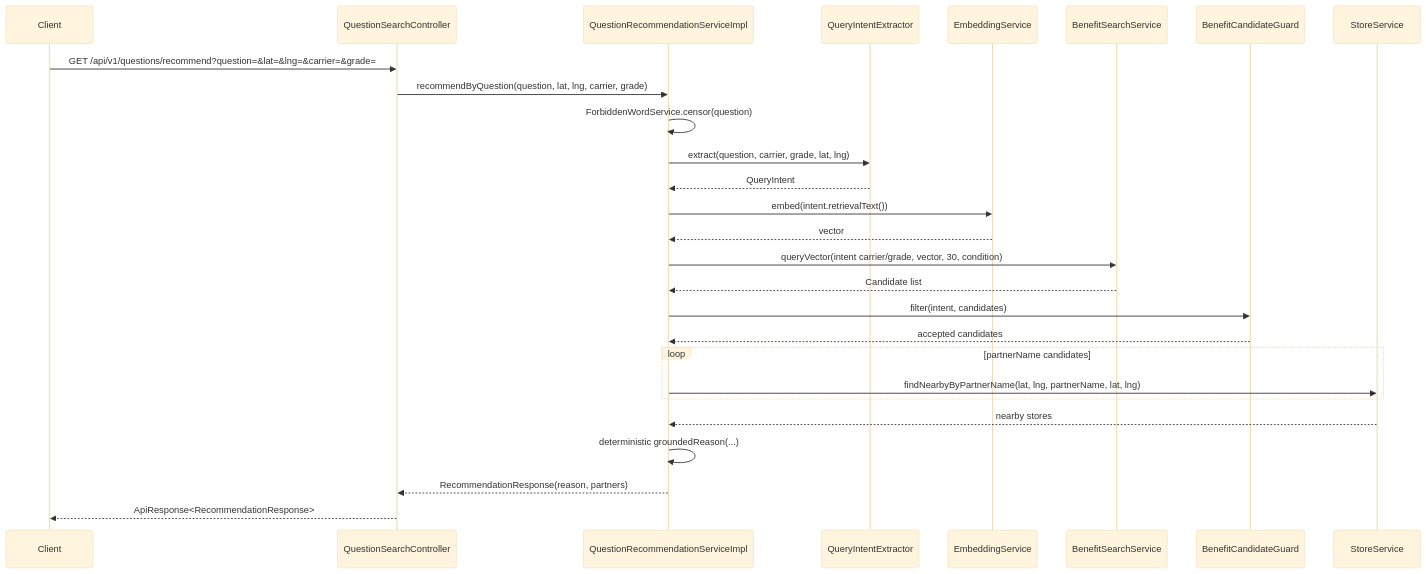
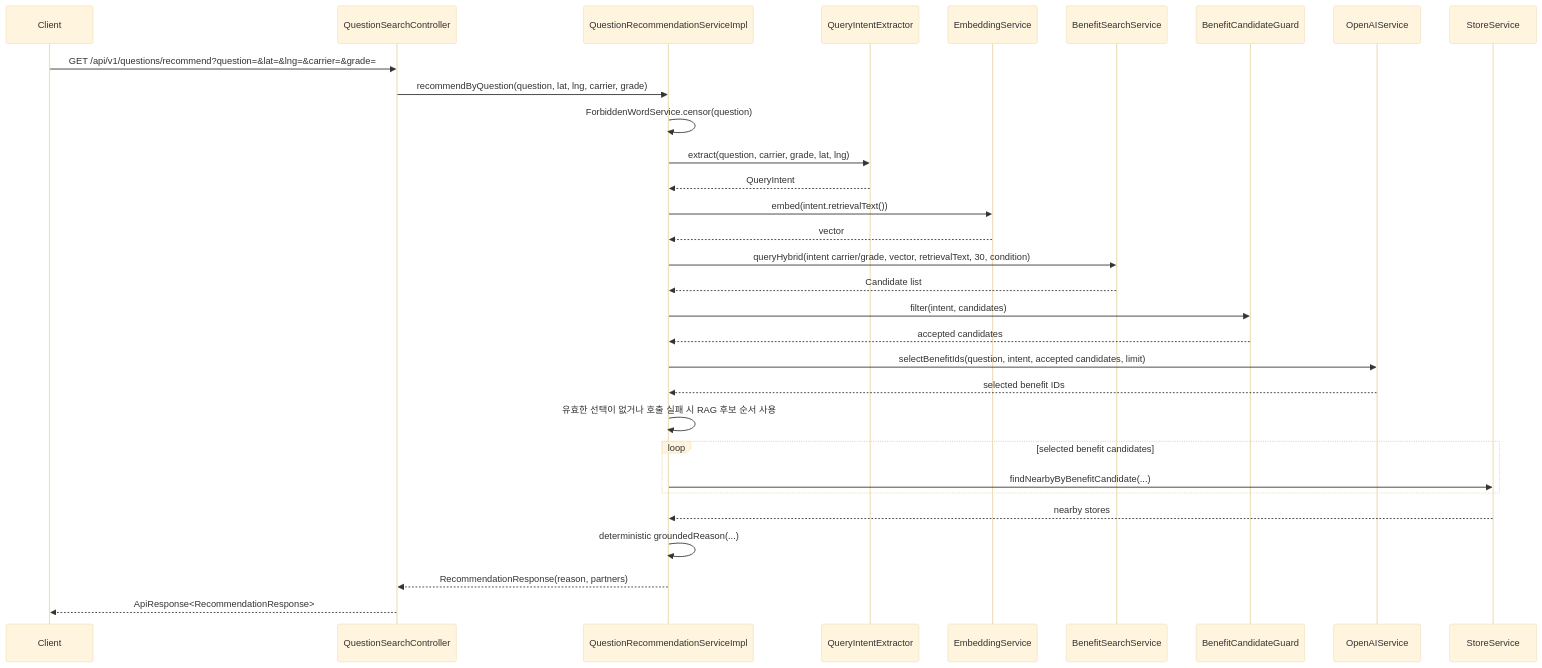
The second of 2 diagrams in docs/recommendation-system-architecture.md (eddie-backdev/itplace-user-api), drawn with Mermaid (base theme) before and after one commit. The commit also changed other lines of this file and 34 other files, not shown here.

````diff
--- a/docs/recommendation-system-architecture.md
+++ b/docs/recommendation-system-architecture.md
@@ -238,30 +243,34 @@
 ```mermaid
 sequenceDiagram
     participant Client
     participant Controller as QuestionSearchController
     participant Service as QuestionRecommendationServiceImpl
     participant Intent as QueryIntentExtractor
     participant Embedding as EmbeddingService
     participant RAG as BenefitSearchService
     participant Guard as BenefitCandidateGuard
+    participant LLM as OpenAIService
     participant Store as StoreService
 
     Client->>Controller: GET /api/v1/questions/recommend?question=&lat=&lng=&carrier=&grade=
     Controller->>Service: recommendByQuestion(question, lat, lng, carrier, grade)
     Service->>Service: ForbiddenWordService.censor(question)
     Service->>Intent: extract(question, carrier, grade, lat, lng)
     Intent-->>Service: QueryIntent
     Service->>Embedding: embed(intent.retrievalText())
     Embedding-->>Service: vector
-    Service->>RAG: queryVector(intent carrier/grade, vector, 30, condition)
+    Service->>RAG: queryHybrid(intent carrier/grade, vector, retrievalText, 30, condition)
     RAG-->>Service: Candidate list
     Service->>Guard: filter(intent, candidates)
     Guard-->>Service: accepted candidates
-    loop partnerName candidates
-        Service->>Store: findNearbyByPartnerName(lat, lng, partnerName, lat, lng)
+    Service->>LLM: selectBenefitIds(question, intent, accepted candidates, limit)
+    LLM-->>Service: selected benefit IDs
+    Service->>Service: 유효한 선택이 없거나 호출 실패 시 RAG 후보 순서 사용
+    loop selected benefit candidates
+        Service->>Store: findNearbyByBenefitCandidate(...)
     end
     Store-->>Service: nearby stores
     Service->>Service: deterministic groundedReason(...)
     Service-->>Controller: RecommendationResponse(reason, partners)
     Controller-->>Client: ApiResponse<RecommendationResponse>
 ```
````
